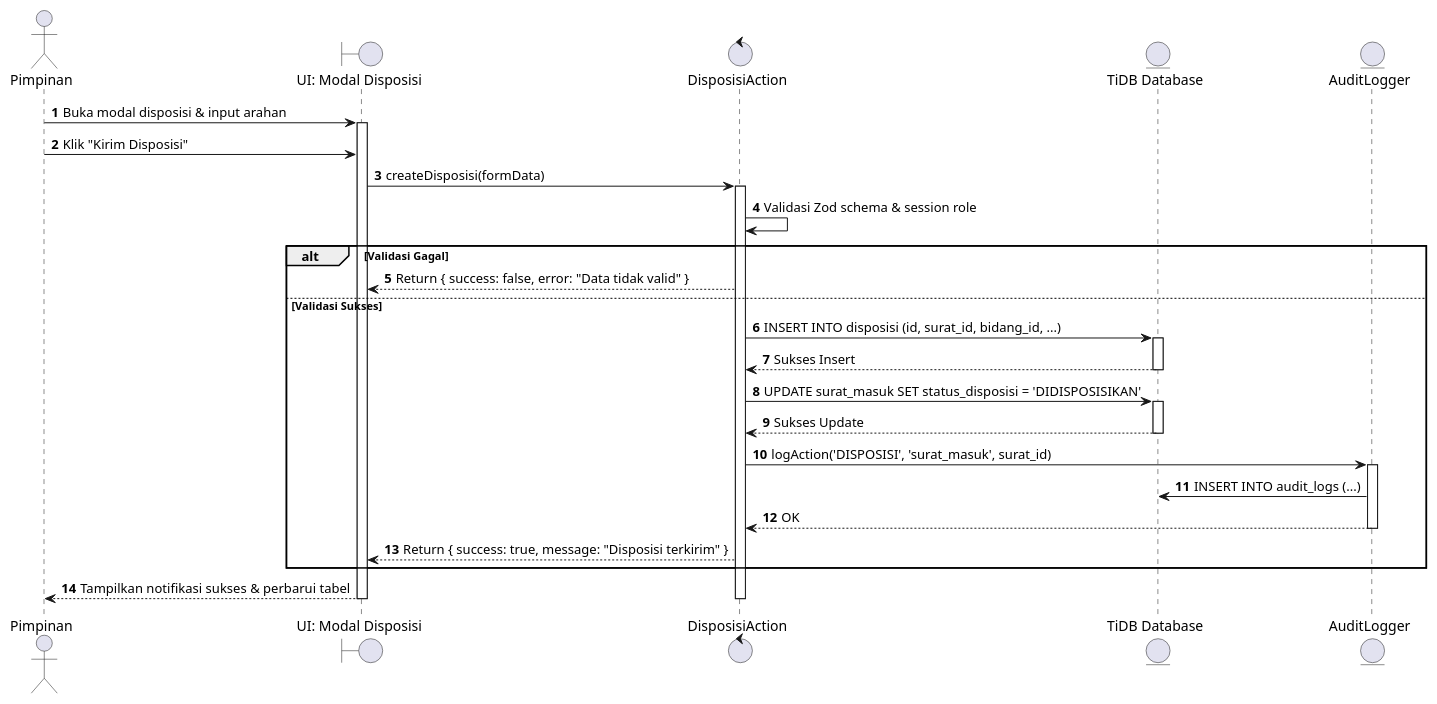
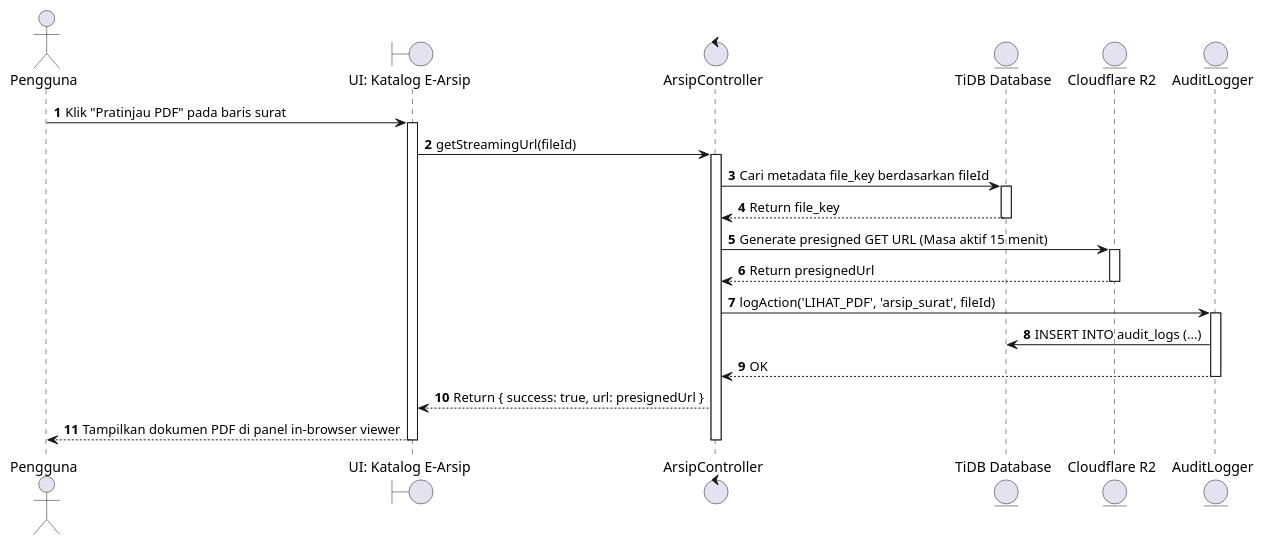
One commit to Dhani078/SIPASD changed the third of 3 diagrams in docs/UML_DIAGRAMS.md. Above: the diagram before and after it, drawn with PlantUML. The commit also changed other lines of this file and 15 other files, not shown here.

Commit message:
docs: selaraskan seluruh naskah dan dokumen ke model repositori e-arsip digital google drive

````diff
--- a/docs/UML_DIAGRAMS.md
+++ b/docs/UML_DIAGRAMS.md
@@ -173,43 +128,37 @@
 ```plantuml
 @startuml
 autonumber
-actor Pimpinan
-boundary "UI: Modal Disposisi" as UI
-control "DisposisiAction" as Action
+actor Pengguna
+boundary "UI: Katalog E-Arsip" as UI
+control "ArsipController" as Action
 entity "TiDB Database" as DB
+entity "Cloudflare R2" as R2
 entity "AuditLogger" as Audit
 
-Pimpinan -> UI : Buka modal disposisi & input arahan
+Pengguna -> UI : Klik "Pratinjau PDF" pada baris surat
 activate UI
-Pimpinan -> UI : Klik "Kirim Disposisi"
-UI -> Action : createDisposisi(formData)
+UI -> Action : getStreamingUrl(fileId)
 activate Action
 
-Action -> Action : Validasi Zod schema & session role
-alt Validasi Gagal
-    Action --> UI : Return { success: false, error: "Data tidak valid" }
-else Validasi Sukses
-    Action -> DB : INSERT INTO disposisi (id, surat_id, bidang_id, ...)
-    activate DB
-    DB --> Action : Sukses Insert
-    deactivate DB
+Action -> DB : Cari metadata file_key berdasarkan fileId
+activate DB
+DB --> Action : Return file_key
+deactivate DB
 
-    Action -> DB : UPDATE surat_masuk SET status_disposisi = 'DIDISPOSISIKAN'
-    activate DB
-    DB --> Action : Sukses Update
-    deactivate DB
+Action -> R2 : Generate presigned GET URL (Masa aktif 15 menit)
+activate R2
+R2 --> Action : Return presignedUrl
+deactivate R2
 
-    Action -> Audit : logAction('DISPOSISI', 'surat_masuk', surat_id)
-    activate Audit
-    Audit -> DB : INSERT INTO audit_logs (...)
-    Audit --> Action : OK
-    deactivate Audit
+Action -> Audit : logAction('LIHAT_PDF', 'arsip_surat', fileId)
+activate Audit
+Audit -> DB : INSERT INTO audit_logs (...)
+Audit --> Action : OK
+deactivate Audit
 
-    Action --> UI : Return { success: true, message: "Disposisi terkirim" }
-end
-
-UI --> Pimpinan : Tampilkan notifikasi sukses & perbarui tabel
+Action --> UI : Return { success: true, url: presignedUrl }
+UI --> Pengguna : Tampilkan dokumen PDF di panel in-browser viewer
 deactivate Action
 deactivate UI
 @enduml
 ```
````
